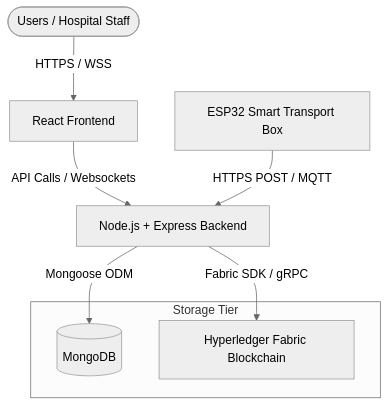
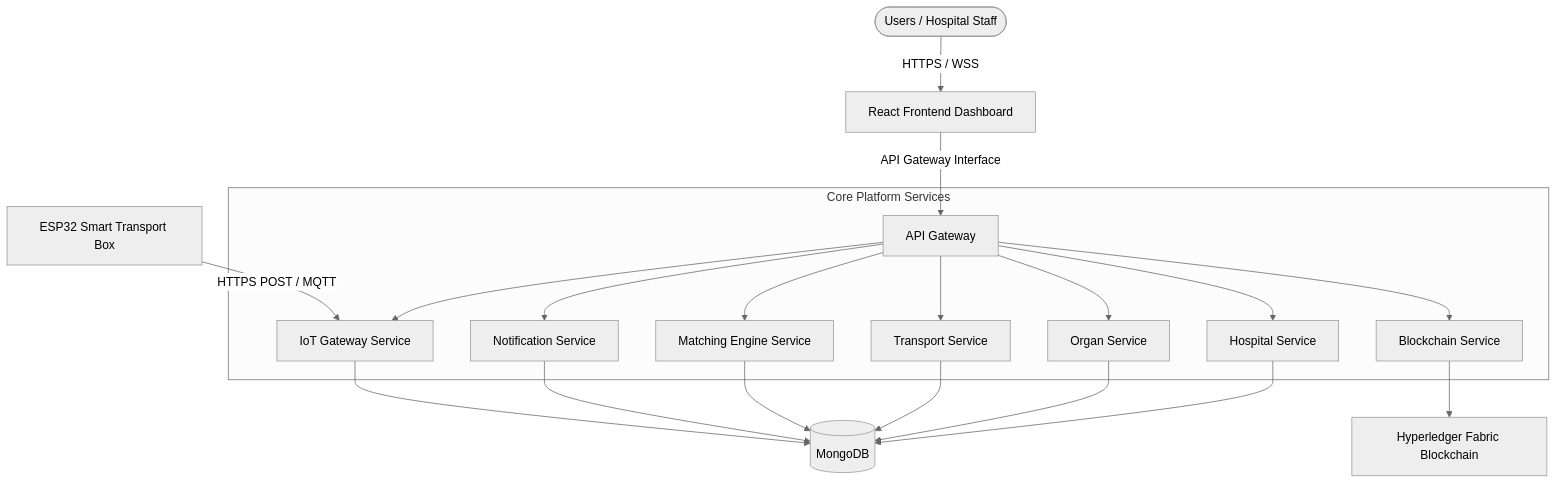
The first of 12 diagrams in docs/architecture/SYSTEM_ARCHITECTURE.md (soubhagyadevchaturvedicse24-hub/V1-Organ-Transport-System), drawn with Mermaid (neutral theme) before and after one commit. The commit also changed other lines of this file, not shown here.

Commit message:
docs: refine SYSTEM_ARCHITECTURE.md with modular diagrams and flows

````diff
--- a/docs/architecture/SYSTEM_ARCHITECTURE.md
+++ b/docs/architecture/SYSTEM_ARCHITECTURE.md
@@ -34,14 +34,26 @@
 ```mermaid
 graph TD
-    User([Users / Hospital Staff]) -->|HTTPS / WSS| FE[React Frontend]
-    FE -->|API Calls / Websockets| BE[Node.js + Express Backend]
-    BE -->|Mongoose ODM| DB[(MongoDB)]
-    BE -->|Fabric SDK / gRPC| BC[Hyperledger Fabric Blockchain]
+    User([Users / Hospital Staff]) -->|HTTPS / WSS| FE[React Frontend Dashboard]
+    FE -->|API Gateway Interface| AG[API Gateway]
     
-    IoT[ESP32 Smart Transport Box] -->|HTTPS POST / MQTT| BE
+    subgraph Core Platform Services
+        AG --> HS[Hospital Service]
+        AG --> OS[Organ Service]
+        AG --> TS[Transport Service]
+        AG --> MS[Matching Engine Service]
+        AG --> BS[Blockchain Service]
+        AG --> NS[Notification Service]
+        AG --> IS[IoT Gateway Service]
+    end
     
-    subgraph Storage Tier
-        DB
-        BC
-    end
+    HS --> DB[(MongoDB)]
+    OS --> DB
+    TS --> DB
+    MS --> DB
+    NS --> DB
+    IS --> DB
+    
+    BS --> BC[Hyperledger Fabric Blockchain]
+    
+    IoT[ESP32 Smart Transport Box] -->|HTTPS POST / MQTT| IS
 ```
````
